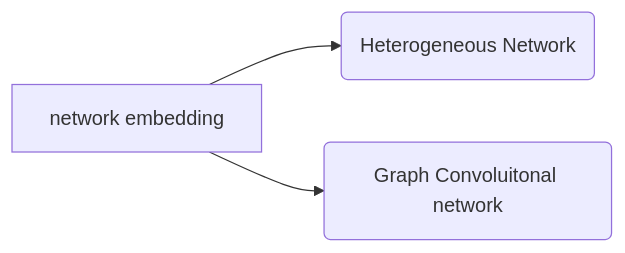
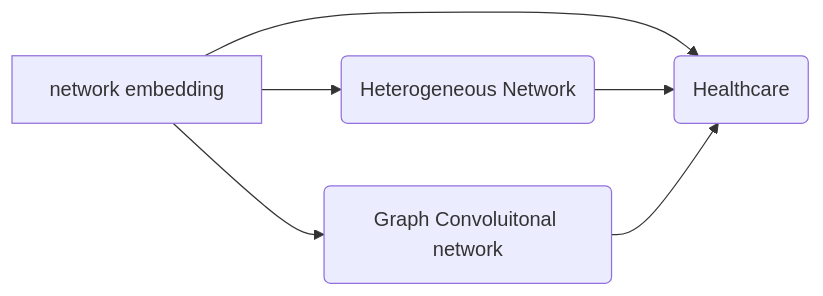
One commit to GuodongFan/GuodongFan.github.io changed the second of 2 diagrams in _posts/2019-08-21-Plan.md. Above: the diagram before and after it, drawn with Mermaid.

```diff
--- a/_posts/2019-08-21-Plan.md
+++ b/_posts/2019-08-21-Plan.md
@@ -25,6 +25,10 @@
 <div class="mermaid">
 graph LR
 
 A[network embedding] --> B(Heterogeneous Network)
 A --> C(Graph Convoluitonal network)
+
+A-->E(Healthcare)
+B-->E(Healthcare)
+C-->E(Healthcare)
 </div>
```
